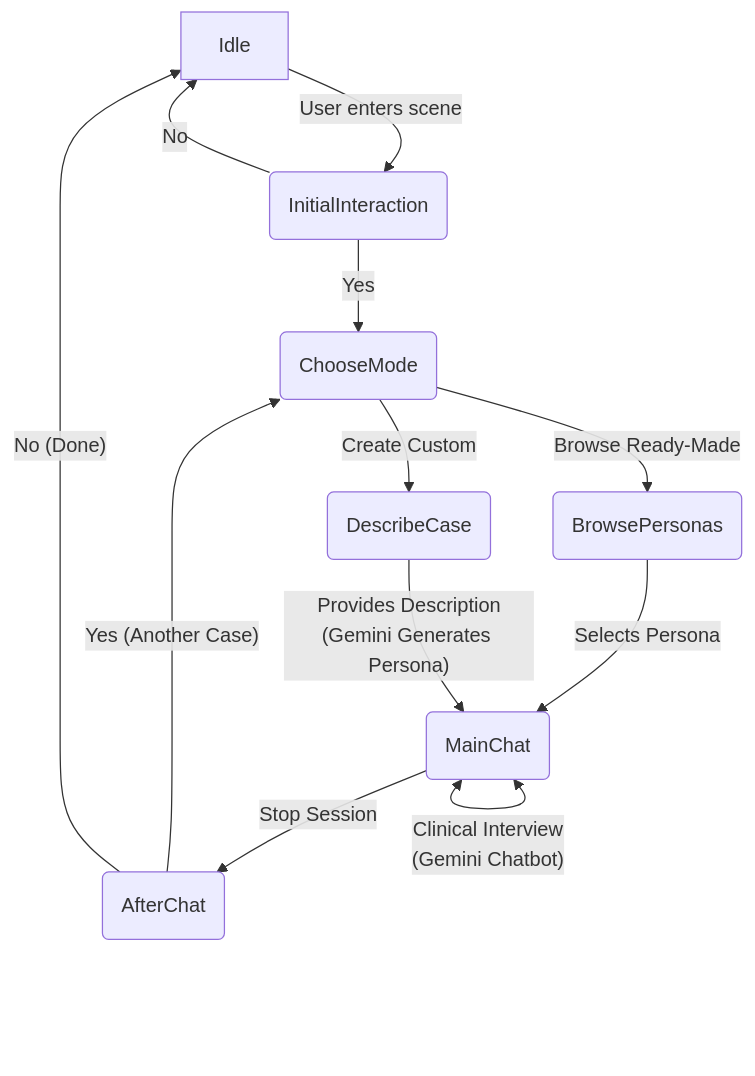
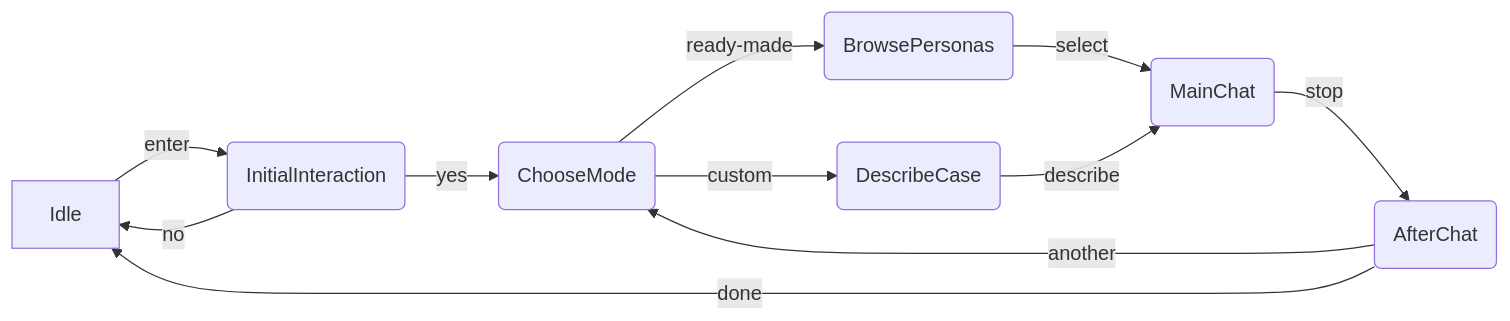
The diagram in README.md (dara-nn/Furhat-Child-Psychiatry-Simulation), drawn with Mermaid before and after one commit.

Commit message:
Compact conversation flow diagram to LR layout

````diff
--- a/README.md
+++ b/README.md
@@ -37,14 +37,13 @@
 ```mermaid
-graph TD
-    A[Idle] -->|"User enters scene"| B(InitialInteraction)
-    B -->|"Yes"| C(ChooseMode)
-    B -->|"No"| A
-    C -->|"Browse Ready-Made"| D(BrowsePersonas)
-    C -->|"Create Custom"| E(DescribeCase)
-    D -->|"Selects Persona"| F(MainChat)
-    E -->|"Provides Description\n(Gemini Generates Persona)"| F
-    F <-->|"Clinical Interview\n(Gemini Chatbot)"| F
-    F -->|"Stop Session"| G(AfterChat)
-    G -->|"Yes (Another Case)"| C
-    G -->|"No (Done)"| A
+graph LR
+    A[Idle] -->|enter| B(InitialInteraction)
+    B -->|yes| C(ChooseMode)
+    B -->|no| A
+    C -->|ready-made| D(BrowsePersonas)
+    C -->|custom| E(DescribeCase)
+    D -->|select| F(MainChat)
+    E -->|describe| F
+    F -->|stop| G(AfterChat)
+    G -->|another| C
+    G -->|done| A
 ```
````
